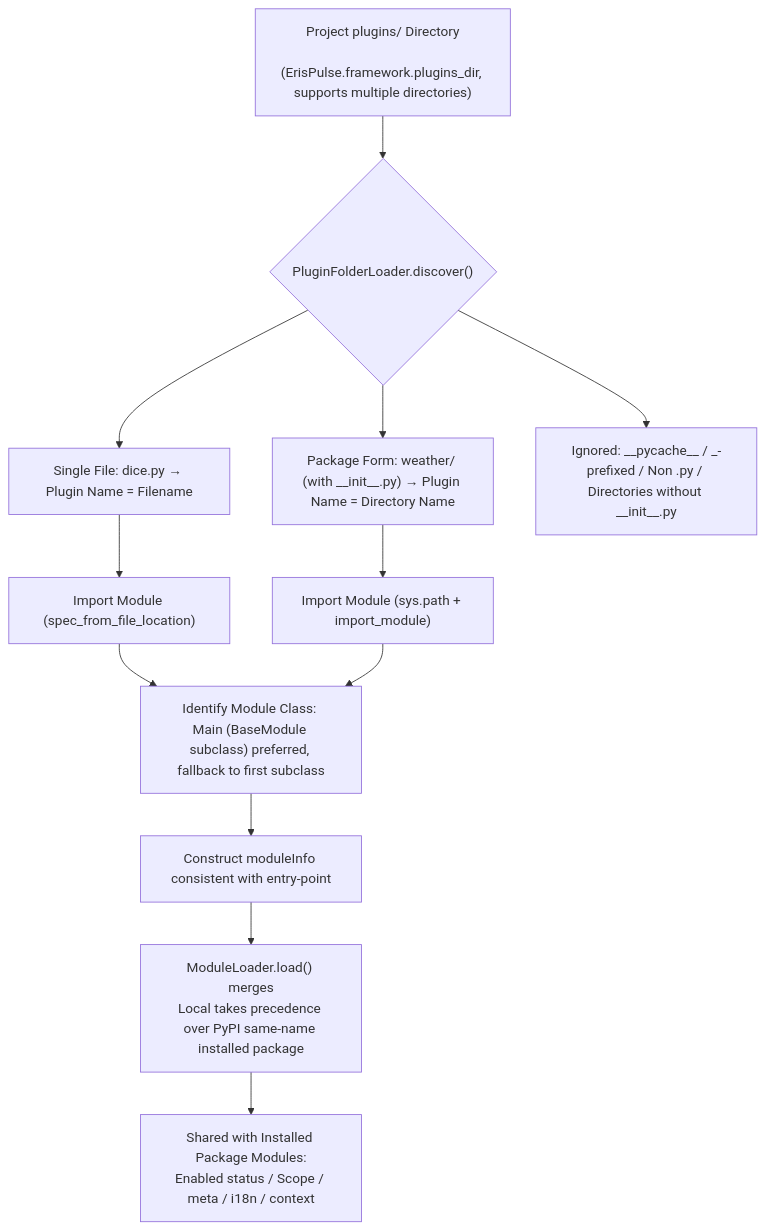
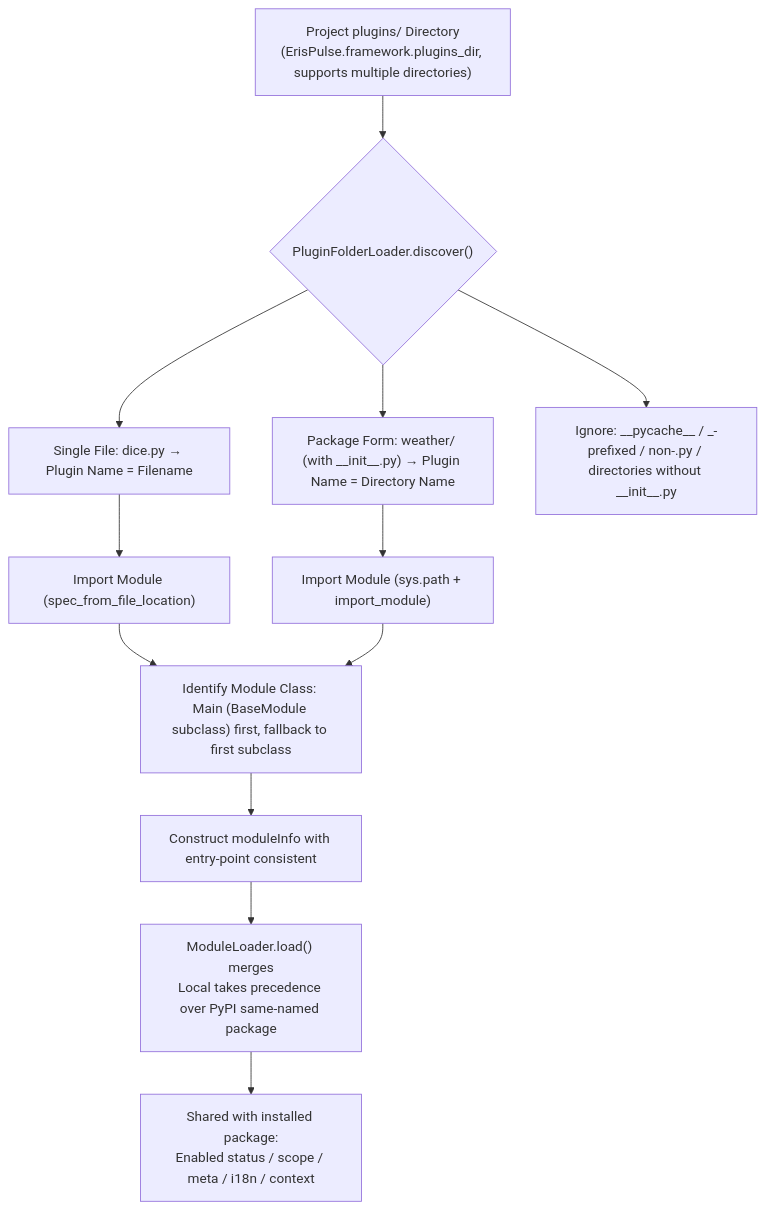
One commit to ErisPulse/ErisPulse changed the eighth of 10 diagrams in docs/en/architecture.md. Above: the diagram before and after it, drawn with Mermaid. The commit also changed other lines of this file and 83 other files, not shown here.

````diff
--- a/docs/en/architecture.md
+++ b/docs/en/architecture.md
@@ -258,14 +258,14 @@
 ```mermaid
 flowchart TD
-    A["Project plugins/ Directory<br/> (ErisPulse.framework.plugins_dir, supports multiple directories)"] --> B{"PluginFolderLoader.discover()"}
+    A["Project plugins/ Directory<br/>(ErisPulse.framework.plugins_dir, supports multiple directories)"] --> B{"PluginFolderLoader.discover()"}
     B --> C["Single File: dice.py → Plugin Name = Filename"]
     B --> D["Package Form: weather/ (with __init__.py) → Plugin Name = Directory Name"]
-    B --> E["Ignored: __pycache__ / _-prefixed / Non .py / Directories without __init__.py"]
+    B --> E["Ignore: __pycache__ / _-prefixed / non-.py / directories without __init__.py"]
     C --> F["Import Module (spec_from_file_location)"]
     D --> G["Import Module (sys.path + import_module)"]
-    F --> H["Identify Module Class: Main (BaseModule subclass) preferred, fallback to first subclass"]
+    F --> H["Identify Module Class: Main (BaseModule subclass) first, fallback to first subclass"]
     G --> H
-    H --> I["Construct moduleInfo consistent with entry-point"]
-    I --> J["ModuleLoader.load() merges<br/>Local takes precedence over PyPI same-name installed package"]
-    J --> K["Shared with Installed Package Modules:<br/>Enabled status / Scope / meta / i18n / context"]
+    H --> I["Construct moduleInfo with entry-point consistent"]
+    I --> J["ModuleLoader.load() merges<br/>Local takes precedence over PyPI same-named package"]
+    J --> K["Shared with installed package:<br/>Enabled status / scope / meta / i18n / context"]
 ```
````
